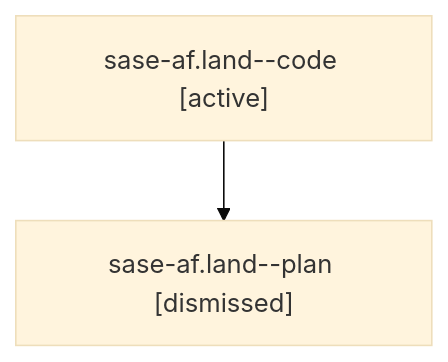
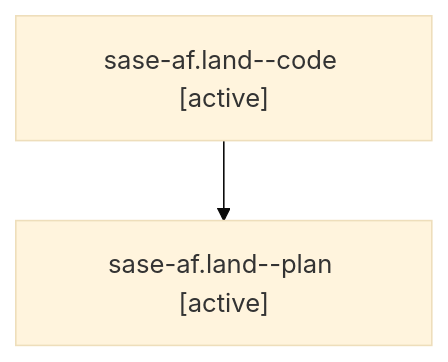
One commit to sase-org/sase--agents changed the diagram in families/bbugyi200.athena.sase-af.land.md. Above: the diagram before and after it, drawn with Mermaid (base theme). The commit also changed other lines of this file and 5813 other files, not shown here.

````diff
--- a/families/bbugyi200.athena.sase-af.land.md
+++ b/families/bbugyi200.athena.sase-af.land.md
@@ -9,6 +9,6 @@
 ```mermaid
 flowchart TD
   n0["sase-af.land--code [active]"]
-  n1["sase-af.land--plan [dismissed]"]
+  n1["sase-af.land--plan [active]"]
   n0 --> n1
 ```
````
